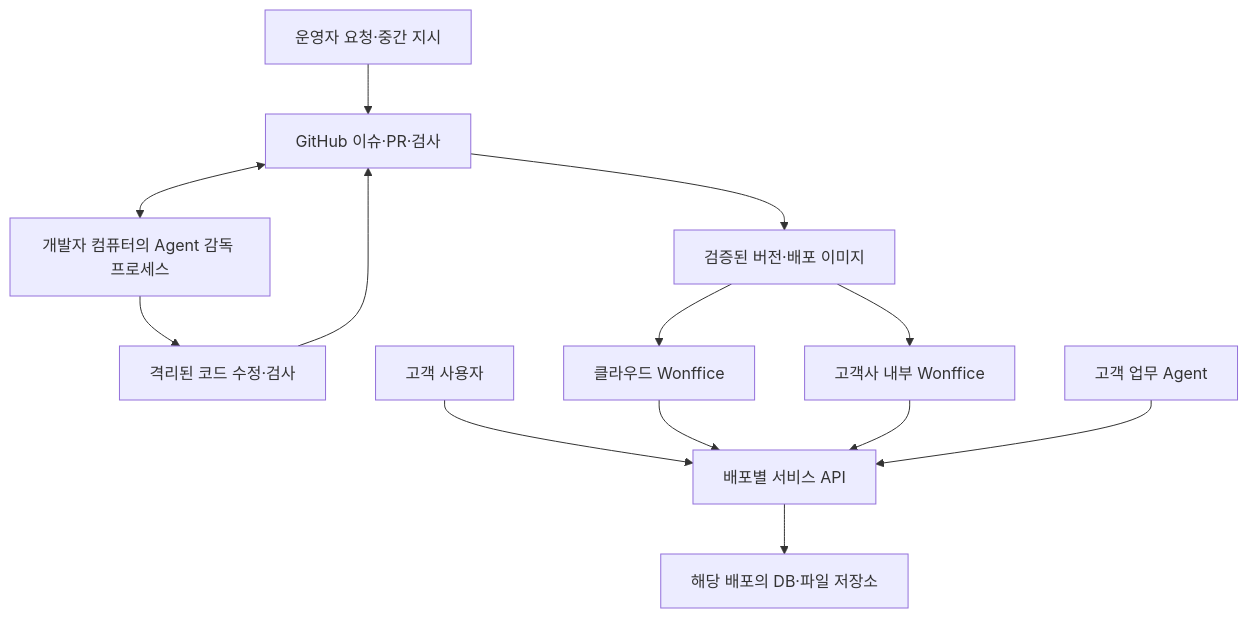
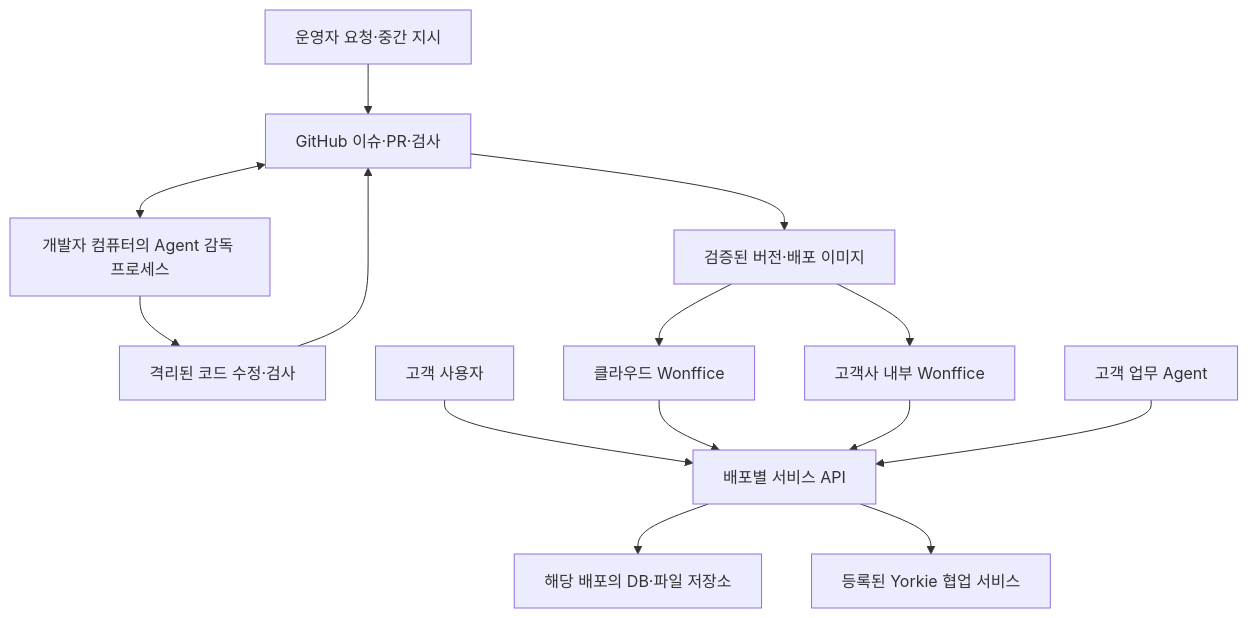
One commit to barocss/barocss-editor changed the diagram in docs/specs/wonffice-platform.md. Above: the diagram before and after it, drawn with Mermaid. The commit also changed other lines of this file and 1 other file, not shown here.

Commit message:
docs(architecture): align Yorkie alpha storage contract

````diff
--- a/docs/specs/wonffice-platform.md
+++ b/docs/specs/wonffice-platform.md
@@ -16,15 +16,16 @@
 ```mermaid
 flowchart TB
   Owner[운영자 요청·중간 지시] --> GH[GitHub 이슈·PR·검사]
   GH <--> Dev[개발자 컴퓨터의 Agent 감독 프로세스]
   Dev --> Sandbox[격리된 코드 수정·검사]
   Sandbox --> GH
   GH --> Release[검증된 버전·배포 이미지]
   Release --> Cloud[클라우드 Wonffice]
   Release --> Prem[고객사 내부 Wonffice]
   User[고객 사용자] --> Service[배포별 서비스 API]
   Cloud --> Service
   Prem --> Service
   Business[고객 업무 Agent] --> Service
   Service --> Data[해당 배포의 DB·파일 저장소]
+  Service --> Collab[등록된 Yorkie 협업 서비스]
 ```
````
